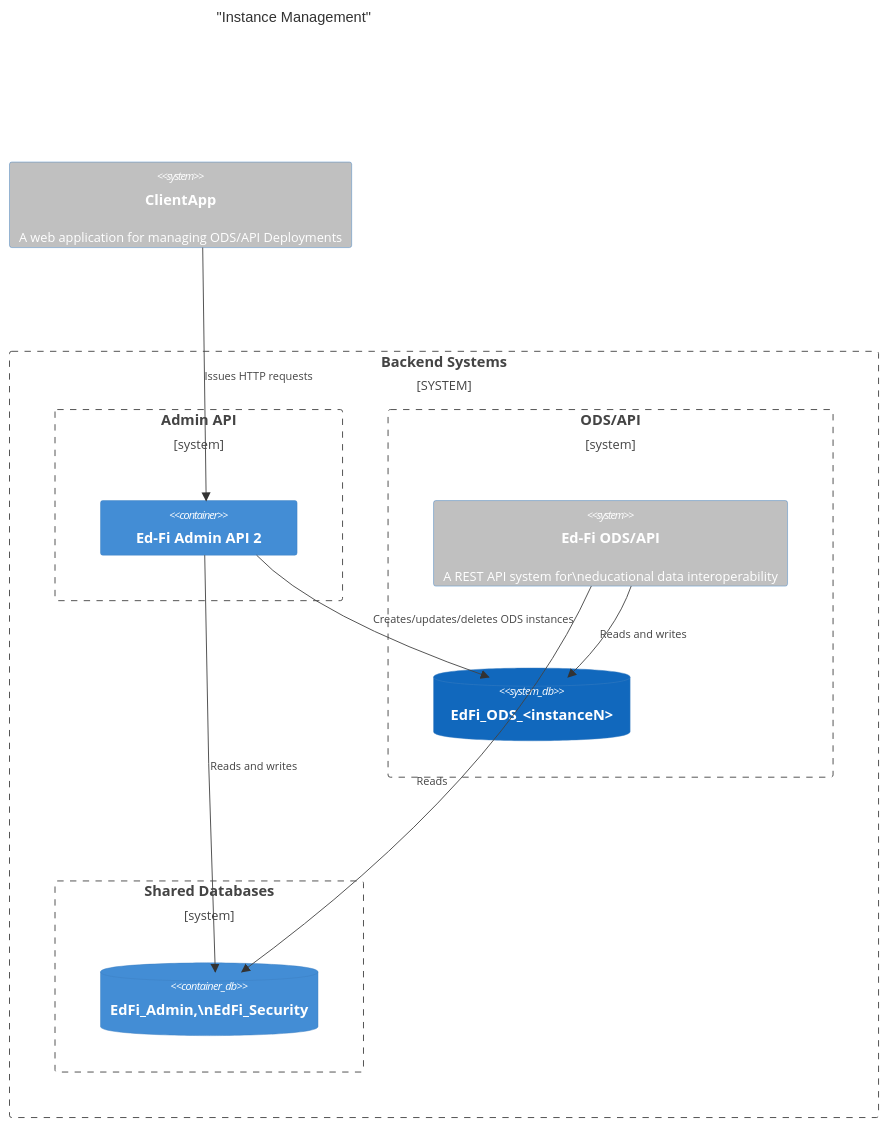
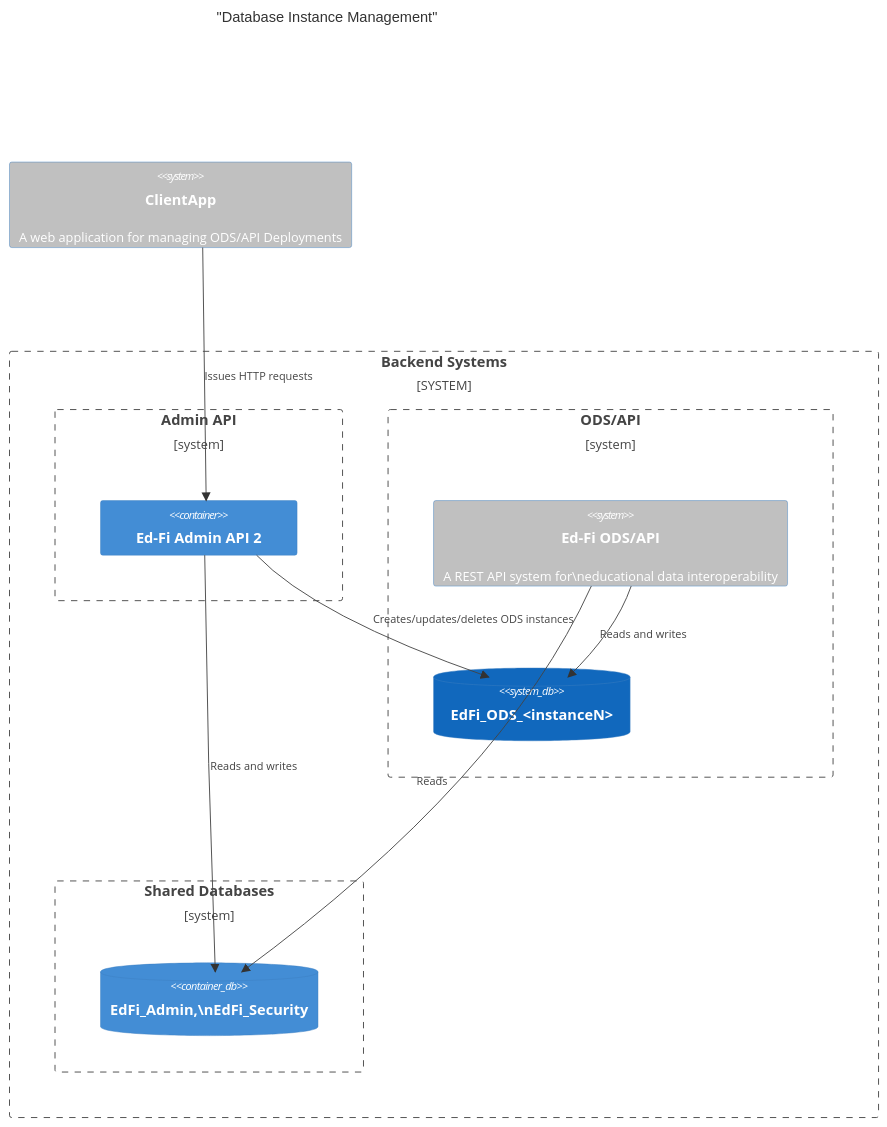
The first of 3 diagrams in docs/design/INSTANCE-MANAGEMENT.md (Ed-Fi-Alliance-OSS/ODS-Admin-API), drawn with Mermaid before and after one commit. The commit also changed other lines of this file and 1 other file, not shown here.

````diff
--- a/docs/design/INSTANCE-MANAGEMENT.md
+++ b/docs/design/INSTANCE-MANAGEMENT.md
@@ -8,31 +15,31 @@
 ```mermaid
 C4Container
-    title "Instance Management"
+    title "Database Instance Management"
 
     System(ClientApp, "ClientApp", "A web application for managing ODS/API Deployments")
     UpdateElementStyle(ClientApp, $bgColor="silver")
 
     System_Boundary(backend, "Backend Systems") {
         Boundary(b0, "Admin API") {
             Container(AdminAPI, "Ed-Fi Admin API 2")
         }
 
         Boundary(b1, "ODS/API") {
             System(OdsApi, "Ed-Fi ODS/API", "A REST API system for\neducational data interoperability")
             UpdateElementStyle(OdsApi, $bgColor="silver")
 
             SystemDb(ods3, "EdFi_ODS_<instanceN>")
         }
 
         Boundary(b2, "Shared Databases") {
             ContainerDb(Admin, "EdFi_Admin,\nEdFi_Security")
         }
     }
    
     Rel(ClientApp, AdminAPI, "Issues HTTP requests")
     Rel(AdminAPI, ods3, "Creates/updates/deletes ODS instances")
     Rel(OdsApi, ods3, "Reads and writes")
     Rel(AdminAPI, Admin, "Reads and writes")
     Rel(OdsApi, Admin, "Reads")
     UpdateLayoutConfig($c4ShapeInRow="2", $c4BoundaryInRow="2")
 ```
````
